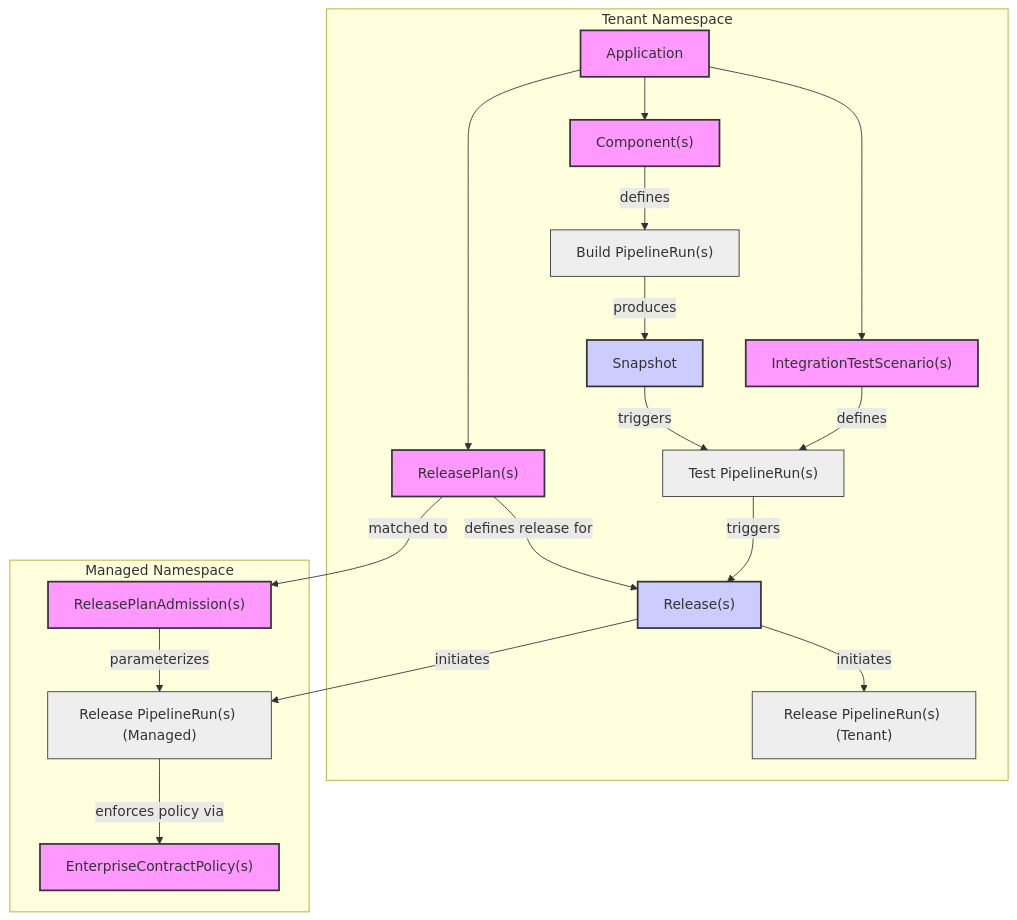
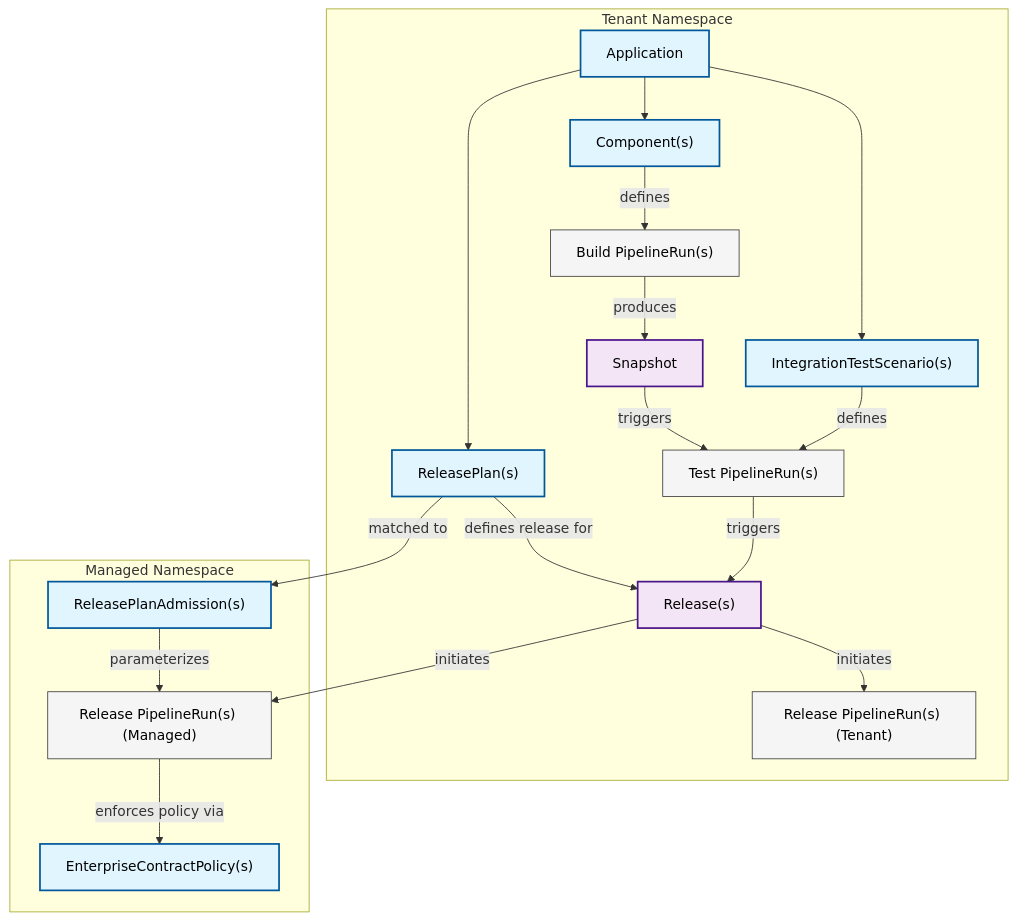
One commit to konflux-ci/architecture changed the first of 3 diagrams in architecture/index.md. Above: the diagram before and after it, drawn with Mermaid. The commit also changed other lines of this file and 1 other file, not shown here.

````diff
--- a/architecture/index.md
+++ b/architecture/index.md
@@ -47,57 +47,57 @@
 ```mermaid
 graph TD
     subgraph tenant[Tenant Namespace]
         App[Application] --> Comp["Component(s)"]
         App --> ITS["IntegrationTestScenario(s)"]
         App --> RP["ReleasePlan(s)"]
 
         Comp -- defines --> BPR["Build PipelineRun(s)"]
         BPR -- produces --> Snap["Snapshot"]
         ITS -- defines --> TPR["Test PipelineRun(s)"]
         Snap -- triggers --> TPR
         TPR -- triggers --> Release["Release(s)"]
         RP -- defines release for --> Release
 
         Release -- initiates --> PR["Release PipelineRun(s) (Tenant)"]
     end
 
     subgraph managed[Managed Namespace]
         RPA["ReleasePlanAdmission(s)"]
         ECP["EnterpriseContractPolicy(s)"]
 
         RP -- matched to --> RPA
         RPA -- parameterizes --> PRM
         Release -- initiates --> PRM["Release PipelineRun(s) (Managed)"]
         PRM -- enforces policy via --> ECP
     end
 
-    style App fill:#f9f,stroke:#333,stroke-width:2px
-    style Comp fill:#f9f,stroke:#333,stroke-width:2px
-    style Snap fill:#ccf,stroke:#333,stroke-width:2px
-    style ITS fill:#f9f,stroke:#333,stroke-width:2px
-    style RP fill:#f9f,stroke:#333,stroke-width:2px
-    style Release fill:#ccf,stroke:#333,stroke-width:2px
-    style PR fill:#eee,stroke:#333,stroke-width:1px
-    style PRM fill:#eee,stroke:#333,stroke-width:1px
-    style BPR fill:#eee,stroke:#333,stroke-width:1px
-    style TPR fill:#eee,stroke:#333,stroke-width:1px
-    style RPA fill:#f9f,stroke:#333,stroke-width:2px
-    style ECP fill:#f9f,stroke:#333,stroke-width:2px
+    style App fill:#e1f5fe,stroke:#01579b,stroke-width:2px,color:#000000
+    style Comp fill:#e1f5fe,stroke:#01579b,stroke-width:2px,color:#000000
+    style Snap fill:#f3e5f5,stroke:#4a148c,stroke-width:2px,color:#000000
+    style ITS fill:#e1f5fe,stroke:#01579b,stroke-width:2px,color:#000000
+    style RP fill:#e1f5fe,stroke:#01579b,stroke-width:2px,color:#000000
+    style Release fill:#f3e5f5,stroke:#4a148c,stroke-width:2px,color:#000000
+    style PR fill:#f5f5f5,stroke:#424242,stroke-width:1px,color:#000000
+    style PRM fill:#f5f5f5,stroke:#424242,stroke-width:1px,color:#000000
+    style BPR fill:#f5f5f5,stroke:#424242,stroke-width:1px,color:#000000
+    style TPR fill:#f5f5f5,stroke:#424242,stroke-width:1px,color:#000000
+    style RPA fill:#e1f5fe,stroke:#01579b,stroke-width:2px,color:#000000
+    style ECP fill:#e1f5fe,stroke:#01579b,stroke-width:2px,color:#000000
 
-    classDef controlPlane fill:#f9f,stroke:#333,stroke-width:2px;
+    classDef controlPlane fill:#e1f5fe,stroke:#01579b,stroke-width:2px,color:#000000;
     class App,Comp,ITS,RP,RPA,ECP controlPlane;
 
-    classDef dataPlane fill:#ccf,stroke:#333,stroke-width:2px;
+    classDef dataPlane fill:#f3e5f5,stroke:#4a148c,stroke-width:2px,color:#000000;
     class Snap,Release dataPlane;
 
-    classDef tekton fill:#eee,stroke:#333,stroke-width:1px;
+    classDef tekton fill:#f5f5f5,stroke:#424242,stroke-width:1px,color:#000000;
     class PR,PRM,BPR,TPR tekton;
 
     click App href "https://redhat-appstudio.github.io/docs/api-references/application-environment-api/#application" "Application API Reference"
     click Comp href "https://redhat-appstudio.github.io/docs/api-references/application-environment-api/#component" "Component API Reference"
     click Snap href "https://redhat-appstudio.github.io/docs/api-references/application-environment-api/#snapshot" "Snapshot API Reference"
     click ITS href "https://redhat-appstudio.github.io/docs/api-references/integration-service/#integrationtestscenario" "IntegrationTestScenario API Reference"
     click Release href "https://redhat-appstudio.github.io/docs/api-references/release-service/#release" "Release API Reference"
     click RP href "https://redhat-appstudio.github.io/docs/api-references/release-service/#releaseplan" "ReleasePlan API Reference"
     click RPA href "https://redhat-appstudio.github.io/docs/api-references/release-service/#releaseplanadmission" "ReleasePlanAdmission API Reference"
 ```
````
